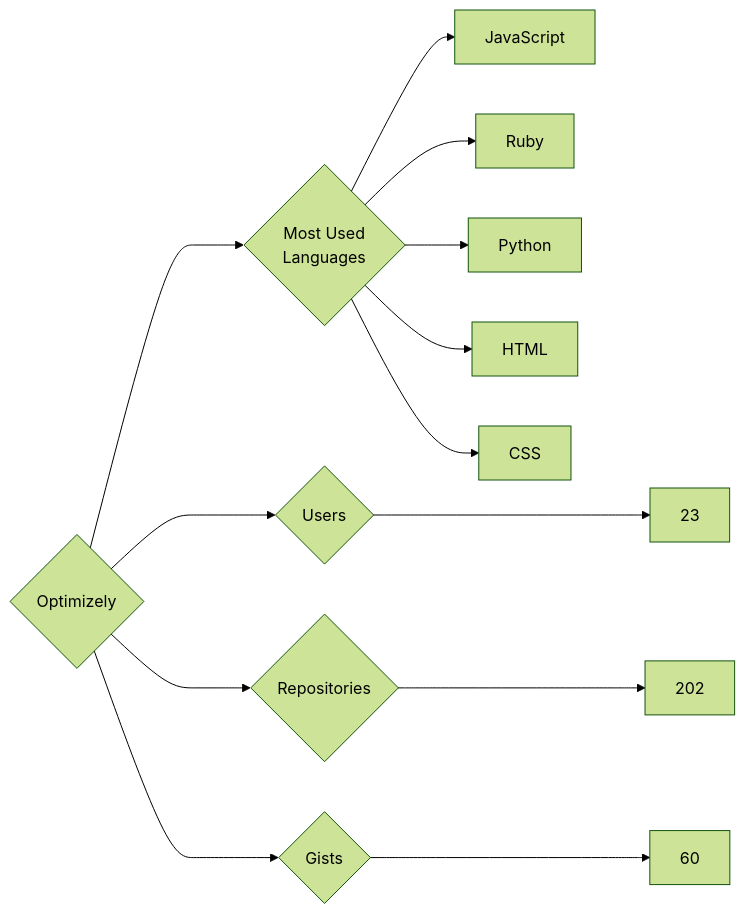
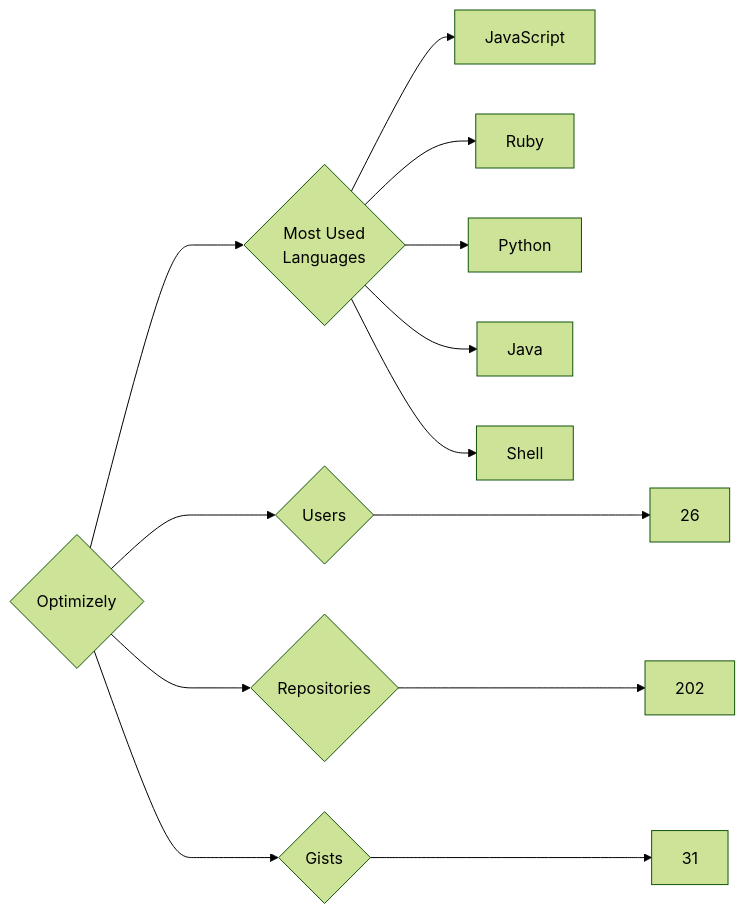
One commit to trickest/insiders changed the diagram in targets/Optimizely/README.md. Above: the diagram before and after it, drawn with Mermaid (forest theme). The commit also changed 799 other files, not shown here.

````diff
--- a/targets/Optimizely/README.md
+++ b/targets/Optimizely/README.md
@@ -3,13 +3,13 @@
 ```mermaid
 graph LR
 COMPANY_NAME{Optimizely}
-COMPANY_NAME ---> U{Users} ---> UN[23]
+COMPANY_NAME ---> U{Users} ---> UN[26]
 COMPANY_NAME ---> R{Repositories} ---> RN[202]
-COMPANY_NAME ---> G{Gists} ---> GN[60]
+COMPANY_NAME ---> G{Gists} ---> GN[31]
 COMPANY_NAME ---> ML{Most Used<br>Languages}
 ML --> JavaScript[JavaScript]
 ML --> Ruby[Ruby]
 ML --> Python[Python]
-ML --> HTML[HTML]
-ML --> CSS[CSS]
+ML --> Java[Java]
+ML --> Shell[Shell]
 ```
````
